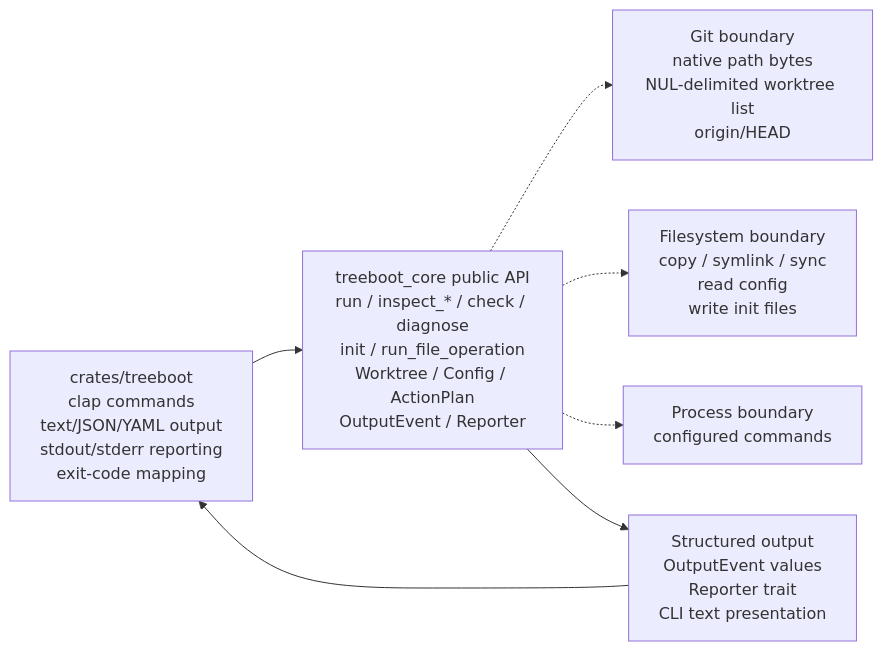
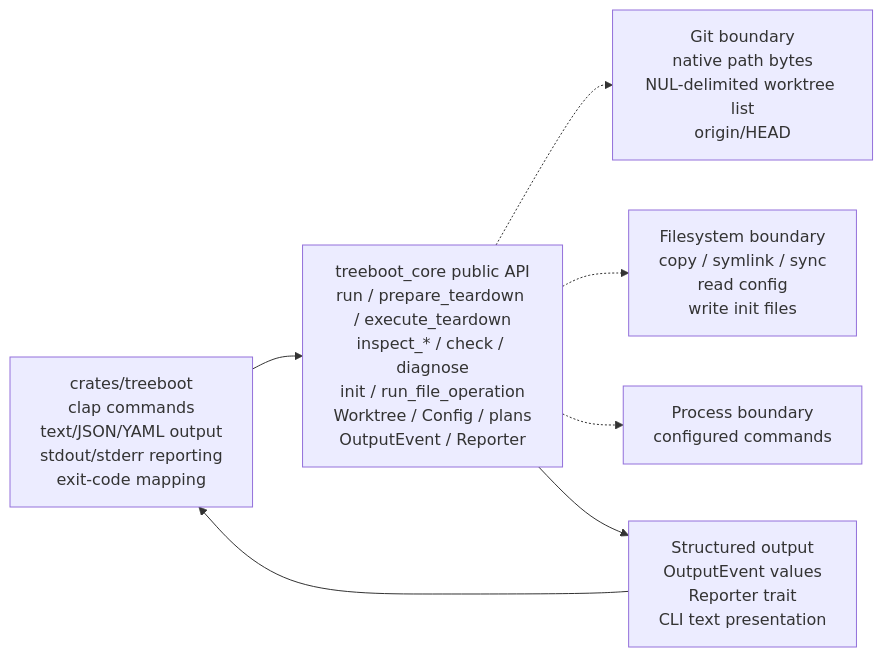
Before and after one commit to jimeh/treeboot: the first of 6 diagrams in docs/ARCHITECTURE.md, drawn with Mermaid. The commit also changed other lines of this file and 40 other files, not shown here.

First line of the commit message:
feat!: add worktree teardown commands (#119)

````diff
--- a/docs/ARCHITECTURE.md
+++ b/docs/ARCHITECTURE.md
@@ -20,16 +21,16 @@
 ```mermaid
 flowchart LR
   CLI["crates/treeboot<br/>clap commands<br/>text/JSON/YAML output<br/>stdout/stderr reporting<br/>exit-code mapping"]
-  API["treeboot_core public API<br/>run / inspect_* / check / diagnose<br/>init / run_file_operation<br/>Worktree / Config / ActionPlan<br/>OutputEvent / Reporter"]
+  API["treeboot_core public API<br/>run / prepare_teardown / execute_teardown<br/>inspect_* / check / diagnose<br/>init / run_file_operation<br/>Worktree / Config / plans<br/>OutputEvent / Reporter"]
   GIT["Git boundary<br/>native path bytes<br/>NUL-delimited worktree list<br/>origin/HEAD"]
   FS["Filesystem boundary<br/>copy / symlink / sync<br/>read config<br/>write init files"]
   PROC["Process boundary<br/>configured commands"]
   OUT["Structured output<br/>OutputEvent values<br/>Reporter trait<br/>CLI text presentation"]
 
   CLI --> API
   API -.-> GIT
   API -.-> FS
   API -.-> PROC
   API --> OUT
   OUT --> CLI
 ```
````
